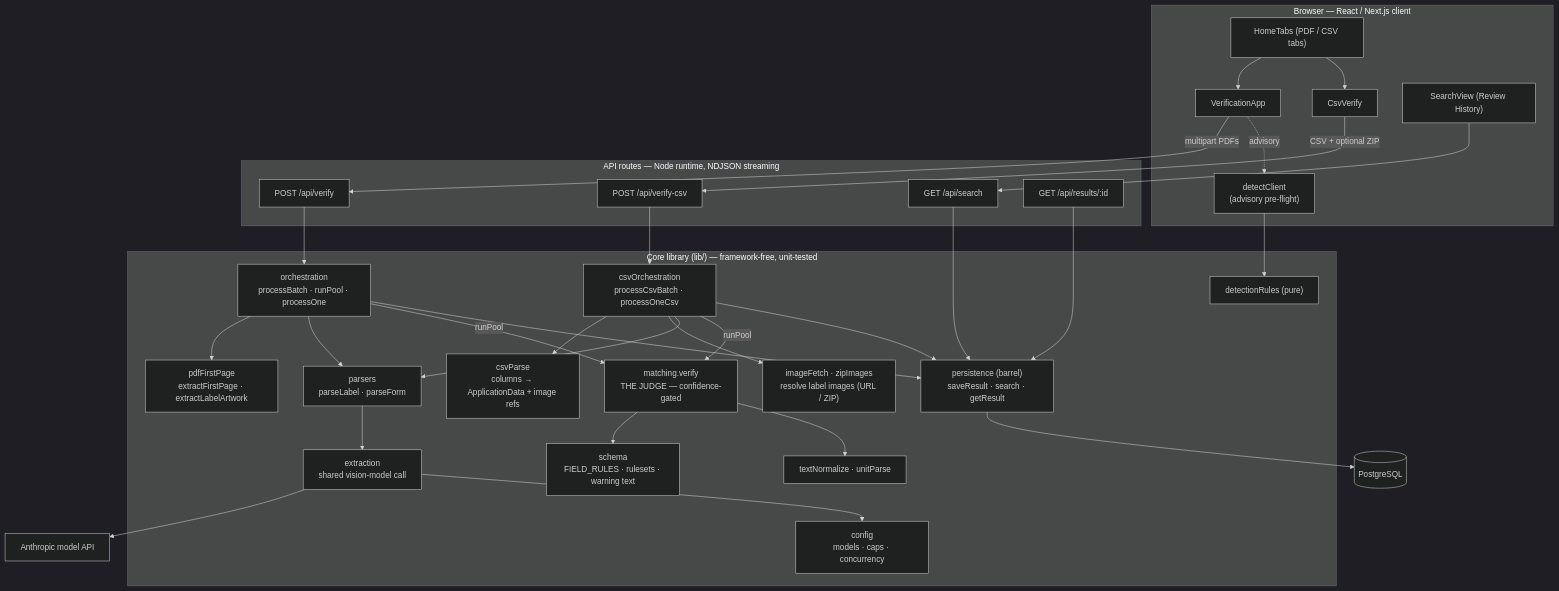
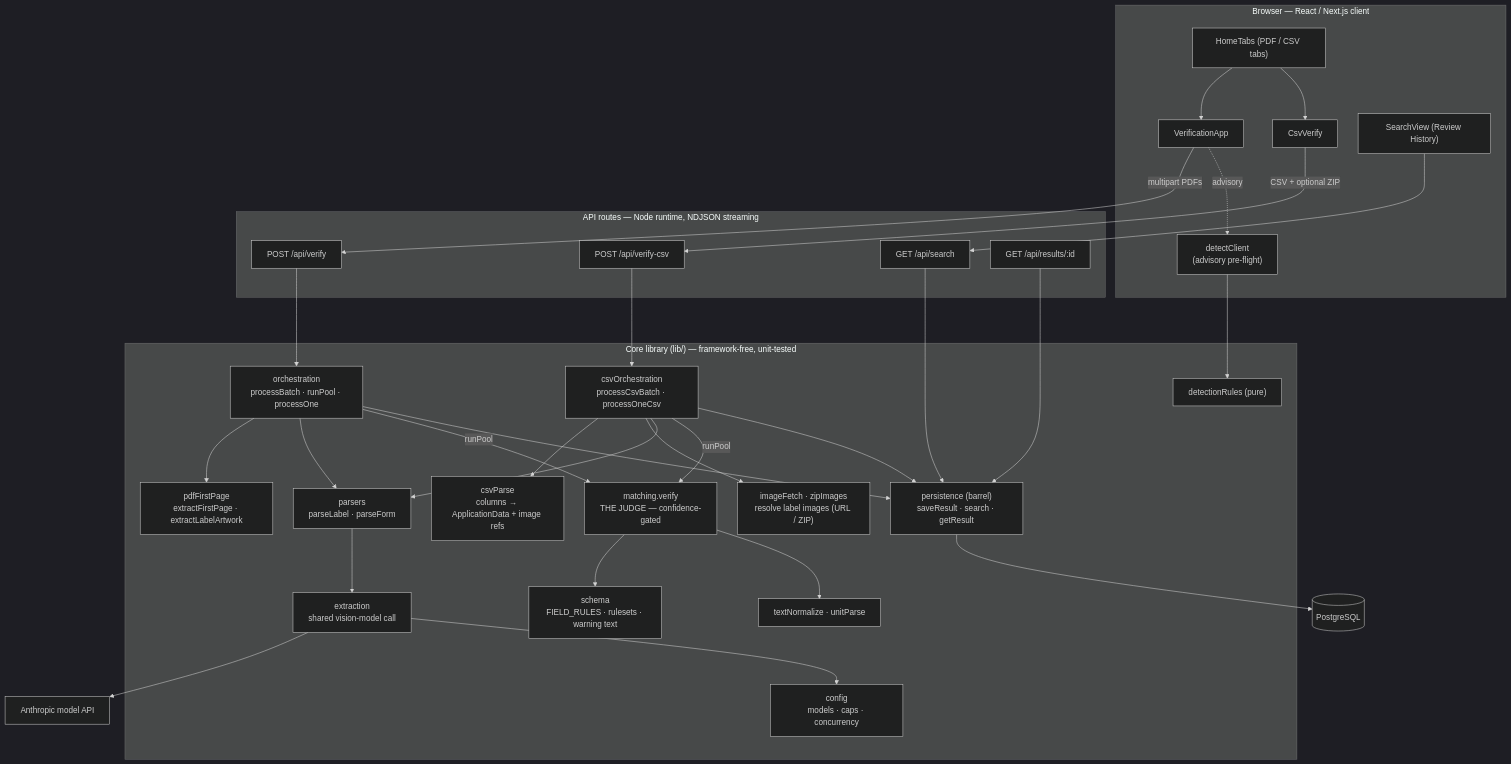
Before and after one commit to morganfry/ttb_labels: the second of 3 diagrams in docs/architecture.md, drawn with Mermaid (dark theme).

Commit message:
diagram formatting

````diff
--- a/docs/architecture.md
+++ b/docs/architecture.md
@@ -61,60 +61,61 @@
 ```mermaid
+%%{init: {'flowchart': {'rankSpacing': 90, 'nodeSpacing': 40}}}%%
 flowchart TB
     subgraph browser["Browser — React / Next.js client"]
         tabs["HomeTabs (PDF / CSV tabs)"]
         pdfui["VerificationApp"]
         csvui["CsvVerify"]
         search["SearchView (Review History)"]
         detect["detectClient<br/>(advisory pre-flight)"]
     end
 
     subgraph api["API routes — Node runtime, NDJSON streaming"]
         rverify["POST /api/verify"]
         rcsv["POST /api/verify-csv"]
         rsearch["GET /api/search"]
         rresult["GET /api/results/:id"]
     end
 
     subgraph core["Core library (lib/) — framework-free, unit-tested"]
         orch["orchestration<br/>processBatch · runPool · processOne"]
         csvorch["csvOrchestration<br/>processCsvBatch · processOneCsv"]
         slice["pdfFirstPage<br/>extractFirstPage · extractLabelArtwork"]
         csvparse["csvParse<br/>columns → ApplicationData + image refs"]
         imgs["imageFetch · zipImages<br/>resolve label images (URL / ZIP)"]
         parsers["parsers<br/>parseLabel · parseForm"]
         extraction["extraction<br/>shared vision-model call"]
         matching["matching.verify<br/>THE JUDGE — confidence-gated"]
         helpers["textNormalize · unitParse"]
         schema["schema<br/>FIELD_RULES · rulesets · warning text"]
         config["config<br/>models · caps · concurrency"]
         persistence["persistence (barrel)<br/>saveResult · search · getResult"]
         detrules["detectionRules (pure)"]
     end
 
     db[("PostgreSQL")]
     model["Anthropic model API"]
 
     tabs --> pdfui & csvui
     pdfui -->|"multipart PDFs"| rverify
     csvui -->|"CSV + optional ZIP"| rcsv
     search --> rsearch
     pdfui -. advisory .-> detect
     detect --> detrules
 
     rverify --> orch
     rcsv --> csvorch
     rsearch --> persistence
     rresult --> persistence
 
     orch --> slice & parsers
     csvorch --> csvparse & imgs & parsers
     orch -->|"runPool"| matching
     csvorch -->|"runPool"| matching
     orch --> persistence
     csvorch --> persistence
 
     parsers --> extraction --> model
     extraction --> config
     matching --> schema & helpers
     persistence --> db
 ```
````
